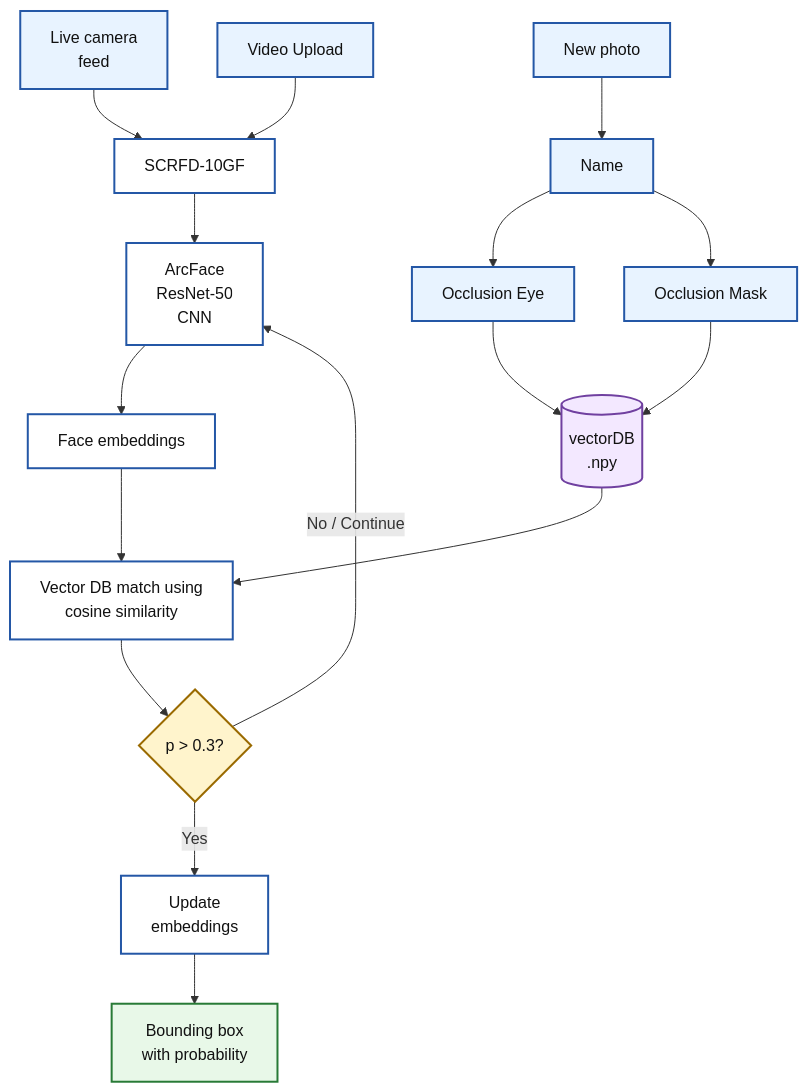
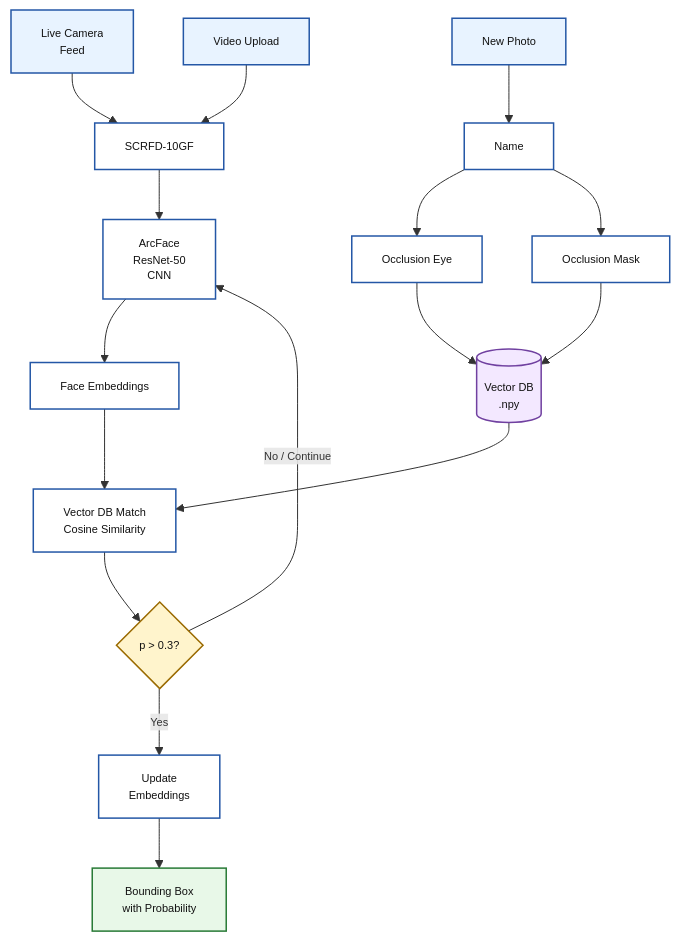
Before and after one commit to urviiumesh/Masked: the diagram in README.md, drawn with Mermaid. The commit also changed other lines of this file, not shown here.

Commit message:
Enhance README with use cases and flowchart updates
Added real-life use cases for the face recognition system and updated flowchart details.

````diff
--- a/README.md
+++ b/README.md
@@ -50,41 +55,36 @@
 ```mermaid
 ---
 config:
   layout: fixed
+  themeVariables:
+    fontSize: 11px
 ---
 flowchart TB
-    A["Live camera<br>feed"] --> C["SCRFD-10GF"]
+    A["Live Camera<br>Feed"] --> C["SCRFD-10GF"]
     B["Video Upload"] --> C
     C --> D["ArcFace<br>ResNet-50<br>CNN"]
-    D --> E["Face embeddings"]
-    E --> F["Vector DB match using<br>cosine similarity"]
-    F --> G{"p &gt; 0.3?"}
-    G -- Yes --> H["Update<br>embeddings"]
-    H --> I["Bounding box<br>with probability"]
+    D --> E["Face Embeddings"]
+    E --> F["Vector DB Match<br>Cosine Similarity"]
+    F --> G{"p > 0.3?"}
+    G -- Yes --> H["Update<br>Embeddings"]
+    H --> I["Bounding Box<br>with Probability"]
     G -- No / Continue --> D
-    J[("vectorDB<br>.npy")] --> F
-    N["New photo"] --> M["Name"]
-    M --> K["Occlusion Eye"] & L["Occlusion Mask"]
+    J[("Vector DB<br>.npy")] --> F
+    N["New Photo"] --> M["Name"]
+    M --> K["Occlusion Eye"]
+    M --> L["Occlusion Mask"]
     K --> J
     L --> J
 
-    A:::input
-    C:::process
-    B:::input
-    D:::process
-    E:::process
-    F:::process
-    G:::decision
-    H:::process
-    I:::output
-    J:::database
-    N:::input
-    M:::input
-    K:::input
-    L:::input
-    classDef input fill:#e8f3ff,stroke:#2457a6,stroke-width:2px,color:#111
-    classDef process fill:#ffffff,stroke:#2457a6,stroke-width:2px,color:#111
-    classDef decision fill:#fff4cc,stroke:#9a6a00,stroke-width:2px,color:#111
-    classDef output fill:#e8f8e8,stroke:#287a36,stroke-width:2px,color:#111
-    classDef database fill:#f3e8ff,stroke:#7040a0,stroke-width:2px,color:#111
+    class A,B,N input
+    class C,D,E,F,H,M,K,L process
+    class G decision
+    class I output
+    class J database
+
+    classDef input fill:#e8f3ff,stroke:#2457a6,stroke-width:1.5px,color:#111
+    classDef process fill:#fff,stroke:#2457a6,stroke-width:1.5px,color:#111
+    classDef decision fill:#fff4cc,stroke:#9a6a00,stroke-width:1.5px,color:#111
+    classDef output fill:#e8f8e8,stroke:#287a36,stroke-width:1.5px,color:#111
+    classDef database fill:#f3e8ff,stroke:#7040a0,stroke-width:1.5px,color:#111
 ```
````
